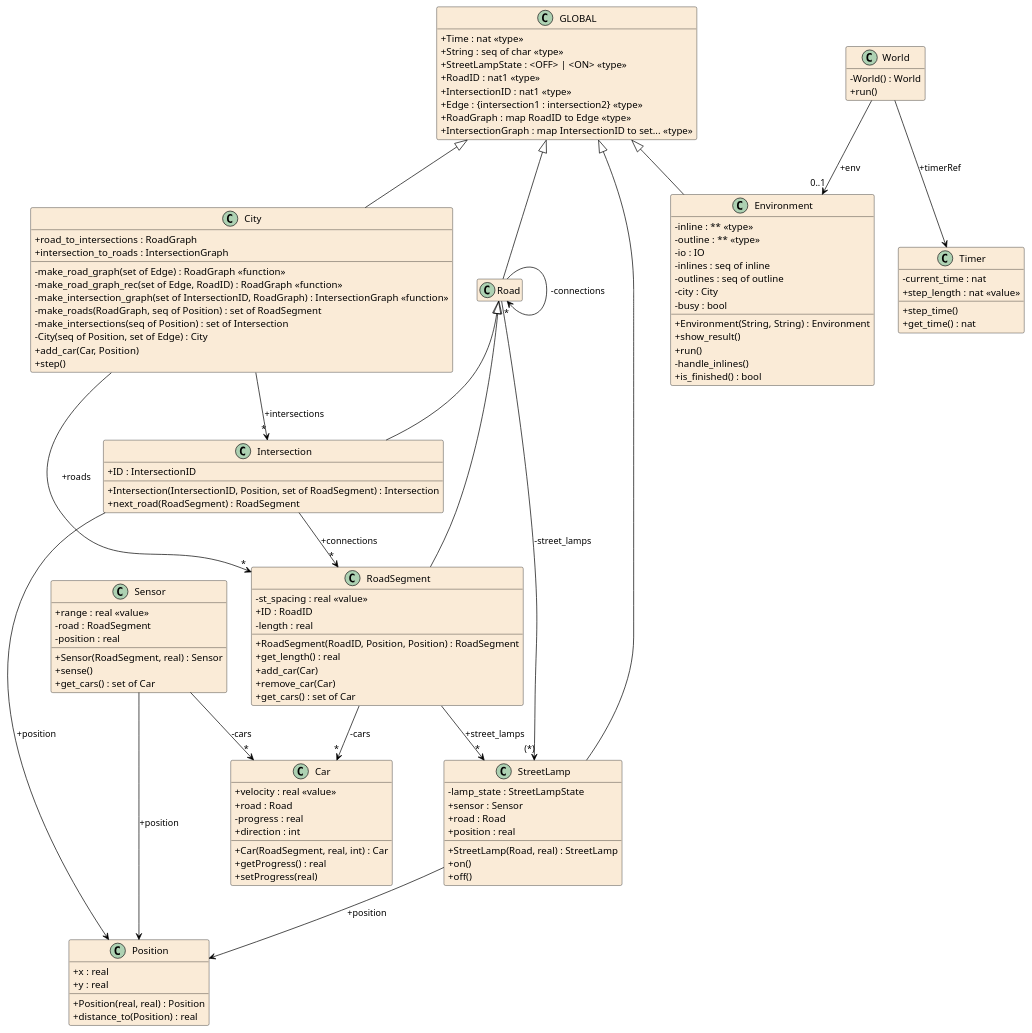
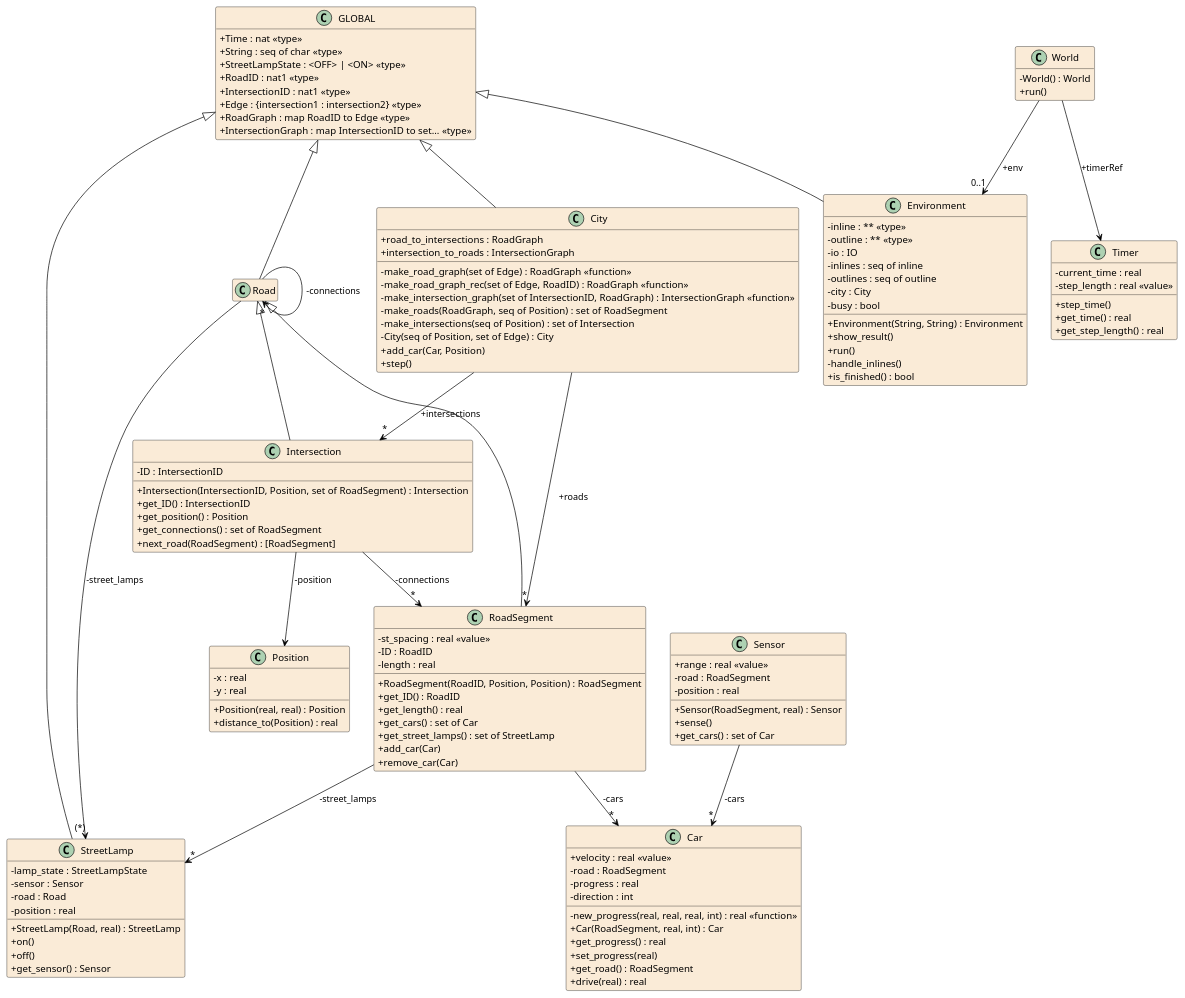
One commit to JnsJensen/mcs-ambient-light changed the diagram in .generated/vdm2uml/mcs-ambient-light.puml. Above: the diagram before and after it, drawn with PlantUML. The commit also changed 1 other file, not shown here.

Commit message:
feat: simple street lamp logic

```diff
--- a/.generated/vdm2uml/mcs-ambient-light.puml
+++ b/.generated/vdm2uml/mcs-ambient-light.puml
@@ -1,154 +1,162 @@
 @startuml mcs-ambient-light
 
 hide empty members
 skinparam Shadowing false
 skinparam classAttributeIconSize 0
 skinparam ClassBorderThickness 0.5
 skinparam groupInheritance 5
 skinparam class {
 	BackgroundColor AntiqueWhite
 	ArrowColor Black
 	BorderColor Black
 }
 skinparam defaultTextAlignment center
 
 class GLOBAL
 {
 	+Time : nat <<type>>
 	+String : seq of char <<type>>
 	+StreetLampState : <OFF> | <ON> <<type>>
 	+RoadID : nat1 <<type>>
 	+IntersectionID : nat1 <<type>>
 	+Edge : {intersection1 : intersection2} <<type>>
 	+RoadGraph : map RoadID to Edge <<type>>
 	+IntersectionGraph : map IntersectionID to set... <<type>>
 }
 
 class Car
 {
 	+velocity : real <<value>>
-	+road : Road
+	-road : RoadSegment
 	-progress : real
-	+direction : int
+	-direction : int
+	-new_progress(real, real, real, int) : real <<function>>
 	+Car(RoadSegment, real, int) : Car
-	+getProgress() : real
-	+setProgress(real)
+	+get_progress() : real
+	+set_progress(real)
+	+get_road() : RoadSegment
+	+drive(real) : real
 }
 
 class City
 {
 	+road_to_intersections : RoadGraph
 	+intersection_to_roads : IntersectionGraph
 	-make_road_graph(set of Edge) : RoadGraph <<function>>
 	-make_road_graph_rec(set of Edge, RoadID) : RoadGraph <<function>>
 	-make_intersection_graph(set of IntersectionID, RoadGraph) : IntersectionGraph <<function>>
 	-make_roads(RoadGraph, seq of Position) : set of RoadSegment
 	-make_intersections(seq of Position) : set of Intersection
 	-City(seq of Position, set of Edge) : City
 	+add_car(Car, Position)
 	+step()
 }
 
 class Intersection
 {
-	+ID : IntersectionID
+	-ID : IntersectionID
 	+Intersection(IntersectionID, Position, set of RoadSegment) : Intersection
-	+next_road(RoadSegment) : RoadSegment
+	+get_ID() : IntersectionID
+	+get_position() : Position
+	+get_connections() : set of RoadSegment
+	+next_road(RoadSegment) : [RoadSegment]
 }
 
 class Road
 {
 }
 
 class RoadSegment
 {
 	-st_spacing : real <<value>>
-	+ID : RoadID
+	-ID : RoadID
 	-length : real
 	+RoadSegment(RoadID, Position, Position) : RoadSegment
+	+get_ID() : RoadID
 	+get_length() : real
+	+get_cars() : set of Car
+	+get_street_lamps() : set of StreetLamp
 	+add_car(Car)
 	+remove_car(Car)
-	+get_cars() : set of Car
 }
 
 class Sensor
 {
 	+range : real <<value>>
 	-road : RoadSegment
 	-position : real
 	+Sensor(RoadSegment, real) : Sensor
 	+sense()
 	+get_cars() : set of Car
 }
 
 class StreetLamp
 {
 	-lamp_state : StreetLampState
-	+sensor : Sensor
-	+road : Road
-	+position : real
+	-sensor : Sensor
+	-road : Road
+	-position : real
 	+StreetLamp(Road, real) : StreetLamp
 	+on()
 	+off()
+	+get_sensor() : Sensor
 }
 
 class Timer
 {
-	-current_time : nat
-	+step_length : nat <<value>>
+	-current_time : real
+	-step_length : real <<value>>
 	+step_time()
-	+get_time() : nat
+	+get_time() : real
+	+get_step_length() : real
 }
 
 class Environment
 {
 	-inline : ** <<type>>
 	-outline : ** <<type>>
 	-io : IO
 	-inlines : seq of inline
 	-outlines : seq of outline
 	-city : City
 	-busy : bool
 	+Environment(String, String) : Environment
 	+show_result()
 	+run()
 	-handle_inlines()
 	+is_finished() : bool
 }
 
 class Position
 {
-	+x : real
-	+y : real
+	-x : real
+	-y : real
 	+Position(real, real) : Position
 	+distance_to(Position) : real
 }
 
 class World
 {
 	-World() : World
 	+run()
 }
 
-StreetLamp --> Position : +position
-Sensor --> Position : +position
-Intersection --> Position : +position
+Intersection --> Position : -position
 World --> Timer : +timerRef
 City --> "*" Intersection : +intersections
 City --> "*" RoadSegment : +roads
 GLOBAL <|-- City
-Intersection --> "*" RoadSegment : +connections
+Intersection --> "*" RoadSegment : -connections
 Road <|-- Intersection
 Road --> "(*)" StreetLamp : -street_lamps
 Road --> "*" Road : -connections
 GLOBAL <|-- Road
 RoadSegment --> "*" Car : -cars
-RoadSegment --> "*" StreetLamp : +street_lamps
+RoadSegment --> "*" StreetLamp : -street_lamps
 Road <|-- RoadSegment
 Sensor --> "*" Car : -cars
 GLOBAL <|-- StreetLamp
 GLOBAL <|-- Environment
 World --> "0..1" Environment : +env
 
 @enduml
```
